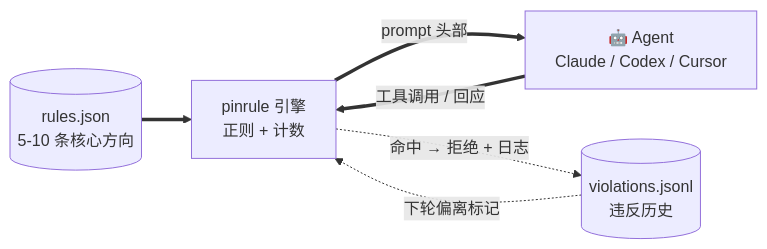
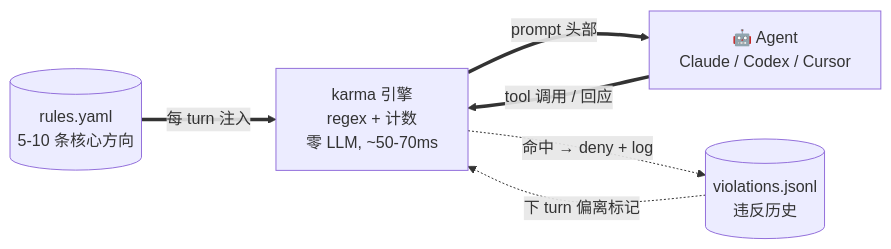
Before and after one commit to jhaizhou-ops/pinrule: the first of 2 diagrams in README.zh.md, drawn with Mermaid. The commit also changed other lines of this file and 7 other files, not shown here.

````diff
--- a/README.zh.md
+++ b/README.zh.md
@@ -64,13 +280,13 @@
 ```mermaid
 flowchart LR
-    R[(rules.json<br/>5-10 条核心方向)]
-    K[pinrule 引擎<br/>正则 + 计数]
+    R[(rules.yaml<br/>5-10 条核心方向)]
+    K[karma 引擎<br/>regex + 计数<br/>零 LLM, ~50-70ms]
     A[🤖 Agent<br/>Claude / Codex / Cursor]
     V[(violations.jsonl<br/>违反历史)]
 
-    R ==> K
+    R ==>|每 turn 注入| K
     K ==>|prompt 头部| A
-    A ==>|工具调用 / 回应| K
-    K -.->|命中 → 拒绝 + 日志| V
-    V -.->|下轮偏离标记| K
+    A ==>|tool 调用 / 回应| K
+    K -.->|命中 → deny + log| V
+    V -.->|下 turn 偏离标记| K
 ```
````
